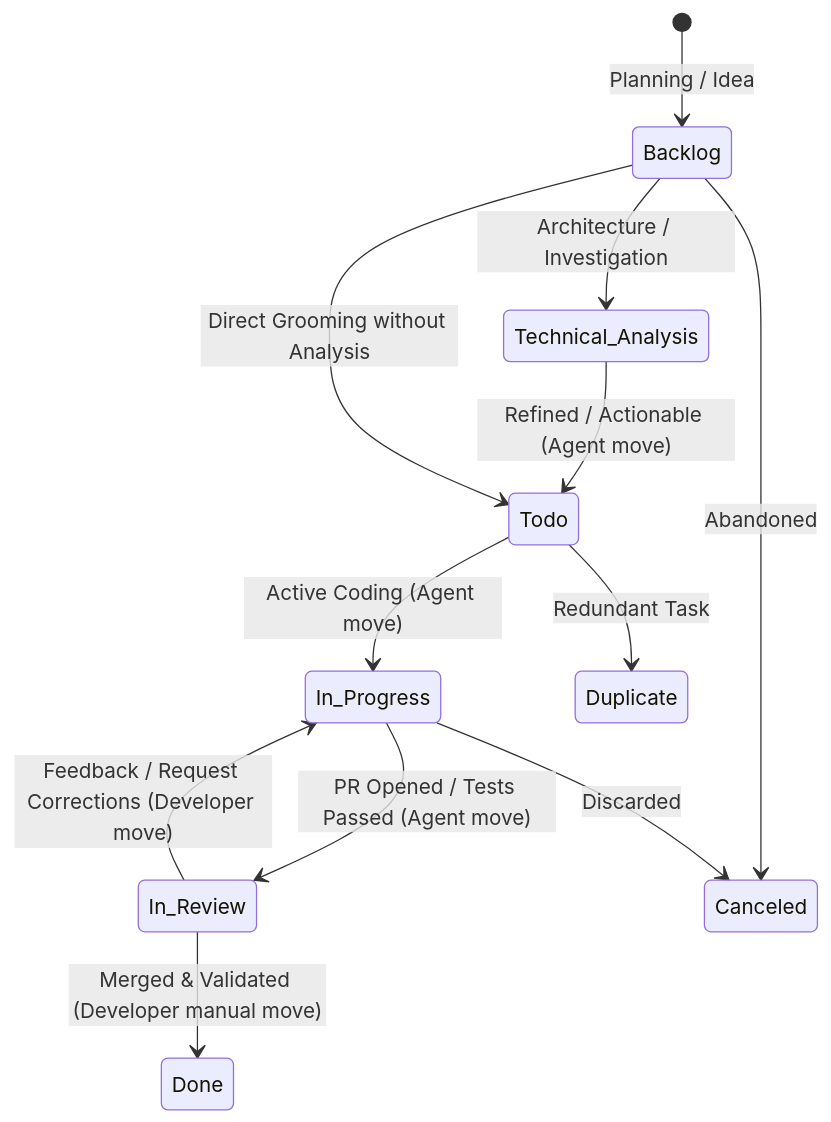
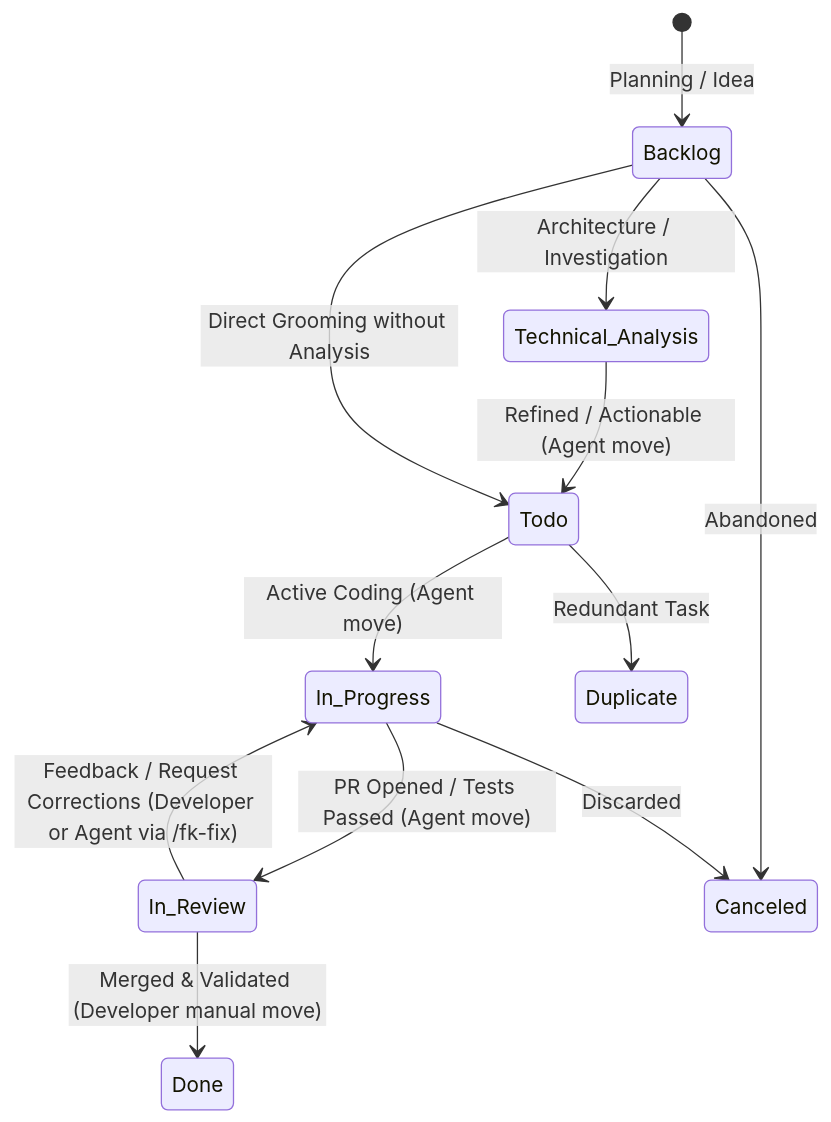
Before and after one commit to CaioCoelhoChaves/fk_apm: the diagram in skills/linear-workflow/references/states-and-labels.md, drawn with Mermaid. The commit also changed other lines of this file and 10 other files, not shown here.

First line of the commit message:
feat(linear-workflow): add /fk-fix command to apply PR review feedback (#9)

````diff
--- a/skills/linear-workflow/references/states-and-labels.md
+++ b/skills/linear-workflow/references/states-and-labels.md
@@ -11,14 +11,14 @@
 ```mermaid
 stateDiagram-v2
     [*] --> Backlog: Planning / Idea
     Backlog --> Technical_Analysis: Architecture / Investigation
     Technical_Analysis --> Todo: Refined / Actionable (Agent move)
     Todo --> In_Progress: Active Coding (Agent move)
     Backlog --> Todo: Direct Grooming without Analysis
     In_Progress --> In_Review: PR Opened / Tests Passed (Agent move)
-    In_Review --> In_Progress: Feedback / Request Corrections (Developer move)
+    In_Review --> In_Progress: Feedback / Request Corrections (Developer or Agent via /fk-fix)
     In_Review --> Done: Merged & Validated (Developer manual move)
     Backlog --> Canceled: Abandoned
     Todo --> Duplicate: Redundant Task
     In_Progress --> Canceled: Discarded
 ```
````
